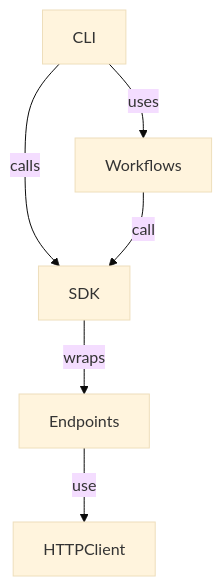
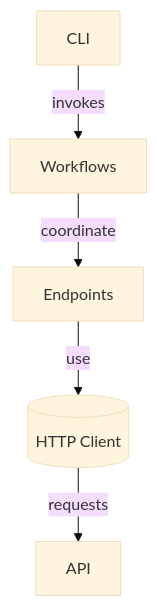
Before and after one commit to fderuiter/imednet-python-sdk: the first of 3 diagrams in docs/architecture.rst, drawn with Mermaid (base theme). The commit also changed other lines of this file and 63 other files, not shown here.

```diff
--- a/docs/architecture.rst
+++ b/docs/architecture.rst
@@ -7,8 +11,7 @@
 .. mermaid::
 
    graph TD
-       CLI[CLI] --> |uses| Workflows
-       CLI --> |calls| SDK
-       Workflows --> |call| SDK
-       SDK --> |wraps| Endpoints
-       Endpoints --> |use| HTTPClient
+       CLI[CLI] --> |invokes| Workflows
+       Workflows --> |coordinate| Endpoints
+       Endpoints --> |use| Client[(HTTP Client)]
+       Client --> |requests| API
```
